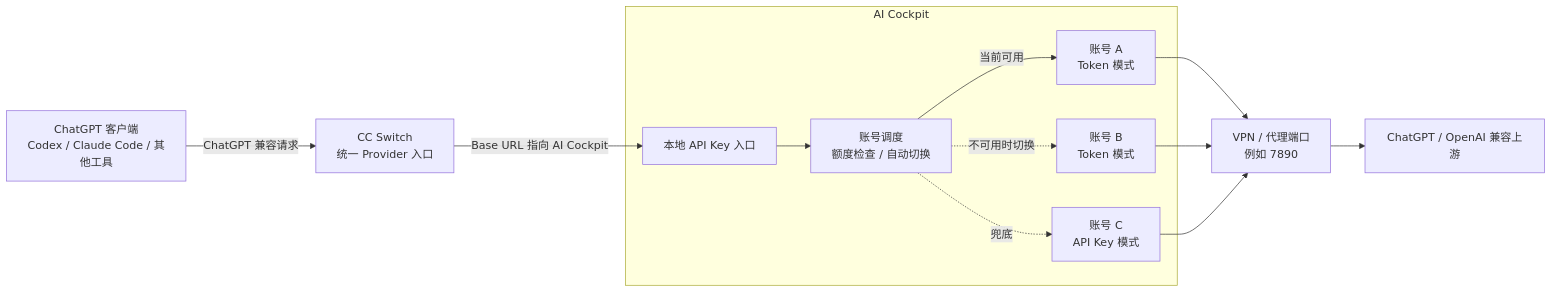
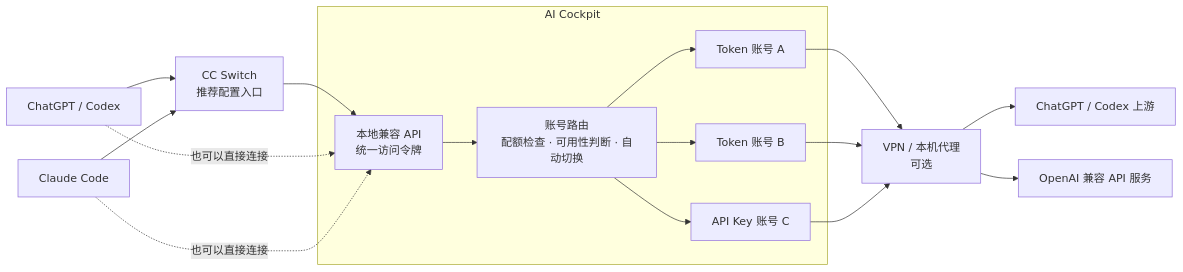
One commit to iiiiuuuuuu/ai-cockpit changed the diagram in README.md. Above: the diagram before and after it, drawn with Mermaid. The commit also changed other lines of this file and 10 other files, not shown here.

````diff
--- a/README.md
+++ b/README.md
@@ -7,27 +40,33 @@
 ```mermaid
 flowchart LR
-  Client["ChatGPT 客户端<br/>Codex / Claude Code / 其他工具"]
-  CCSwitch["CC Switch<br/>统一 Provider 入口"]
+  Codex["ChatGPT / Codex"]
+  ClaudeCode["Claude Code"]
+  CCSwitch["CC Switch<br/>推荐配置入口"]
 
   subgraph Cockpit["AI Cockpit"]
-    Gateway["本地 API Key 入口"]
-    Router["账号调度<br/>额度检查 / 自动切换"]
-    AccountA["账号 A<br/>Token 模式"]
-    AccountB["账号 B<br/>Token 模式"]
-    AccountC["账号 C<br/>API Key 模式"]
+    Gateway["本地兼容 API<br/>统一访问令牌"]
+    Router["账号路由<br/>配额检查 · 可用性判断 · 自动切换"]
+    TokenA["Token 账号 A"]
+    TokenB["Token 账号 B"]
+    ApiKey["API Key 账号 C"]
   end
 
-  Proxy["VPN / 代理端口<br/>例如 7890"]
-  Upstream["ChatGPT / OpenAI 兼容上游"]
+  Proxy["VPN / 本机代理<br/>可选"]
+  TokenUpstream["ChatGPT / Codex 上游"]
+  ApiUpstream["OpenAI 兼容 API 服务"]
 
-  Client -->|ChatGPT 兼容请求| CCSwitch
-  CCSwitch -->|Base URL 指向 AI Cockpit| Gateway
+  Codex --> CCSwitch
+  ClaudeCode --> CCSwitch
+  CCSwitch --> Gateway
+  Codex -. "也可以直接连接" .-> Gateway
+  ClaudeCode -. "也可以直接连接" .-> Gateway
   Gateway --> Router
-  Router -->|当前可用| AccountA
-  Router -.->|不可用时切换| AccountB
-  Router -.->|兜底| AccountC
-  AccountA --> Proxy
-  AccountB --> Proxy
-  AccountC --> Proxy
-  Proxy --> Upstream
+  Router --> TokenA
+  Router --> TokenB
+  Router --> ApiKey
+  TokenA --> Proxy
+  TokenB --> Proxy
+  ApiKey --> Proxy
+  Proxy --> TokenUpstream
+  Proxy --> ApiUpstream
 ```
````
